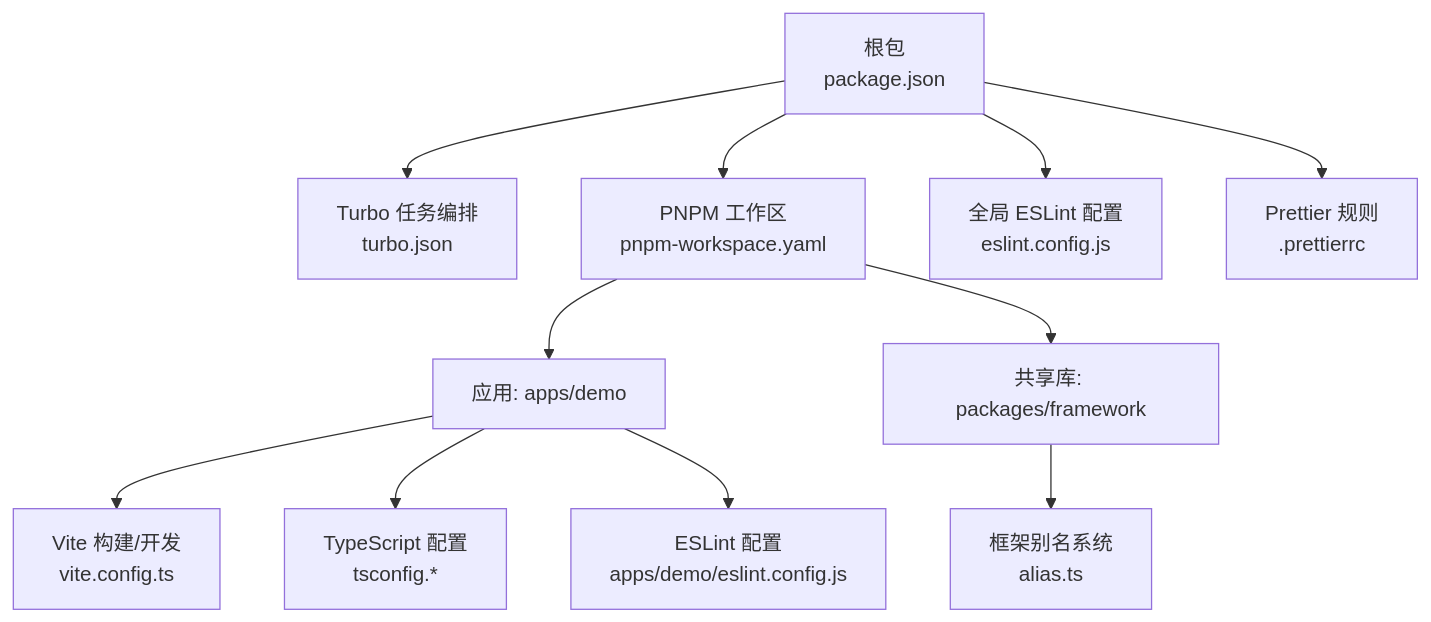
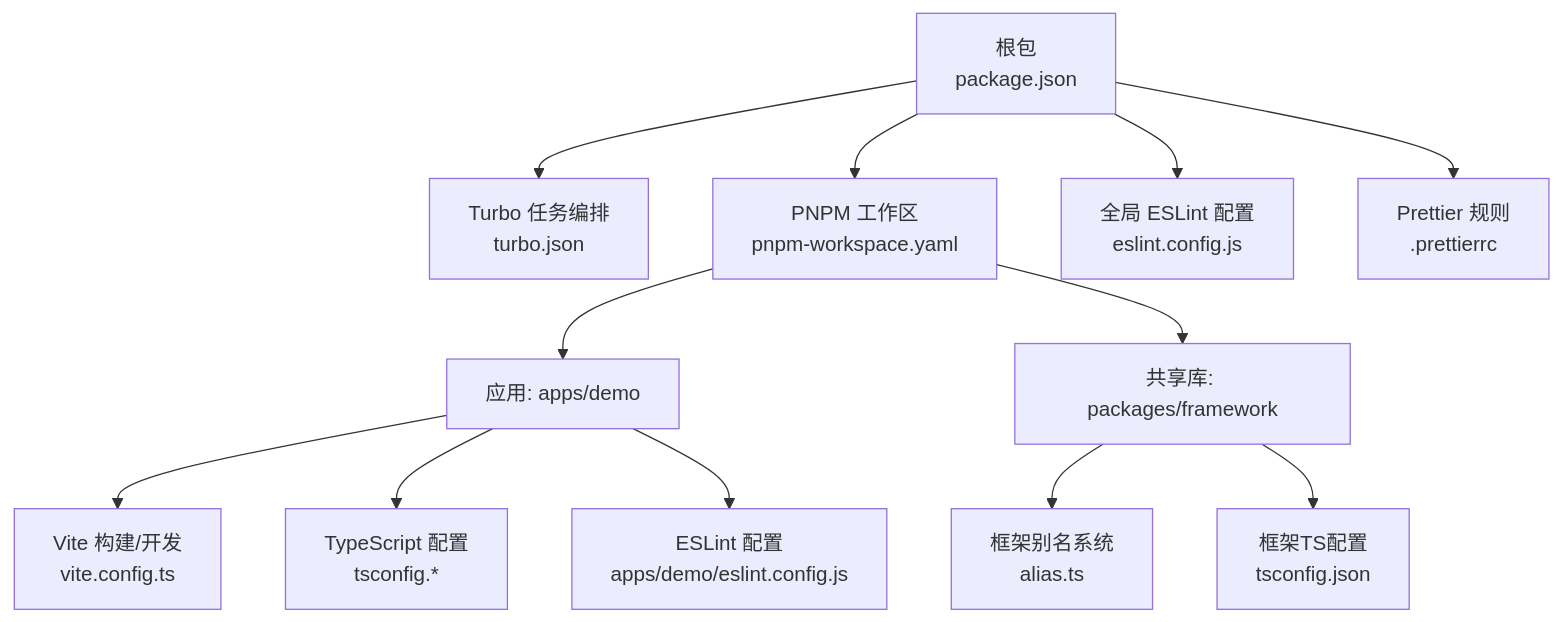
One commit to liqiongke/FrontArk changed the first of 9 diagrams in .qoder/repowiki/zh/content/开发工具/开发工具.md. Above: the diagram before and after it, drawn with Mermaid. The commit also changed other lines of this file and 17 other files, not shown here.

````diff
--- a/.qoder/repowiki/zh/content/开发工具/开发工具.md
+++ b/.qoder/repowiki/zh/content/开发工具/开发工具.md
@@ -47,13 +48,14 @@
 ```mermaid
 graph TB
 A["根包<br/>package.json"] --> B["Turbo 任务编排<br/>turbo.json"]
 A --> C["PNPM 工作区<br/>pnpm-workspace.yaml"]
 C --> D["应用: apps/demo"]
 C --> E["共享库: packages/framework"]
 D --> F["Vite 构建/开发<br/>vite.config.ts"]
 D --> G["TypeScript 配置<br/>tsconfig.*"]
 D --> H["ESLint 配置<br/>apps/demo/eslint.config.js"]
 A --> I["全局 ESLint 配置<br/>eslint.config.js"]
 A --> J["Prettier 规则<br/>.prettierrc"]
 E --> K["框架别名系统<br/>alias.ts"]
+E --> L["框架TS配置<br/>tsconfig.json"]
 ```
````
